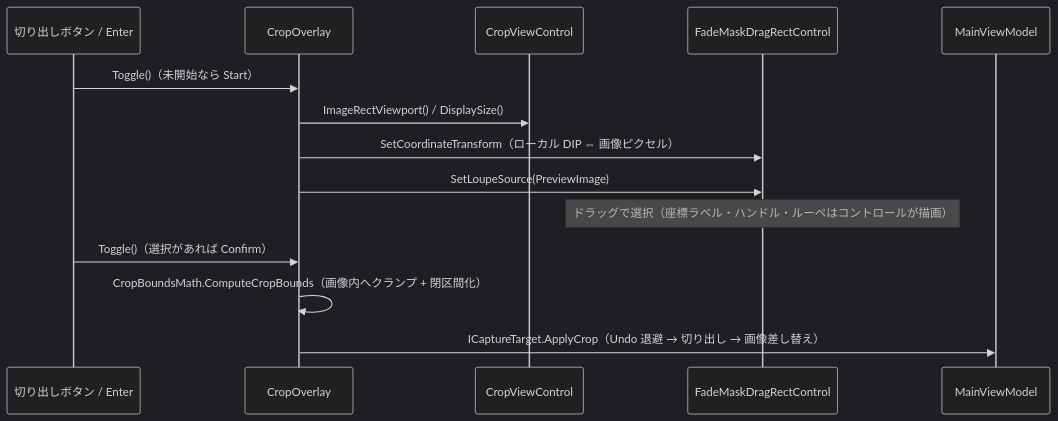
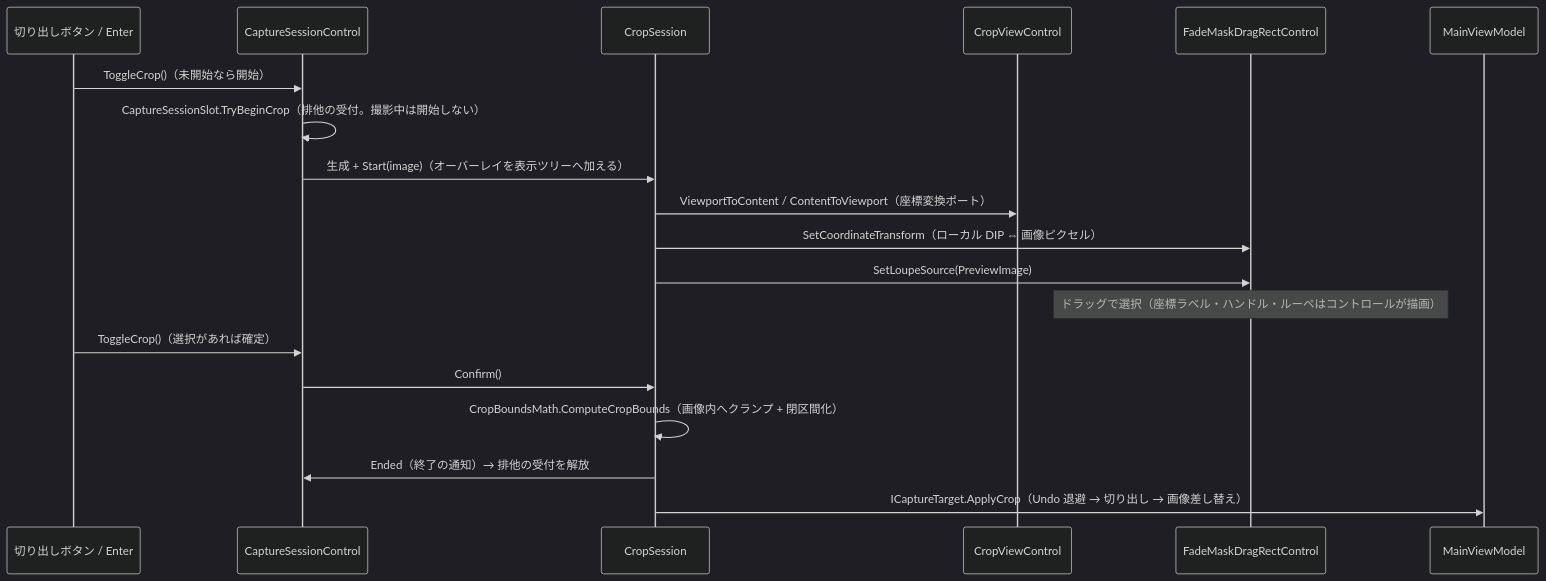
The fourth of 12 diagrams in src/app.MewUI/SPEC_System.md (tomokuni/SaveEvidence), drawn with Mermaid (dark theme) before and after one commit. The commit also changed other lines of this file and 226 other files, not shown here.

````diff
--- a/src/app.MewUI/SPEC_System.md
+++ b/src/app.MewUI/SPEC_System.md
@@ -381,17 +387,22 @@
 ```mermaid
 sequenceDiagram
     participant BTN as 切り出しボタン / Enter
-    participant PS as CropOverlay
+    participant PS as CaptureSessionControl
+    participant CS as CropSession
     participant CV as CropViewControl
     participant FM as FadeMaskDragRectControl
     participant VM as MainViewModel
 
-    BTN->>PS: Toggle()（未開始なら Start）
-    PS->>CV: ImageRectViewport() / DisplaySize()
-    PS->>FM: SetCoordinateTransform（ローカル DIP ⇔ 画像ピクセル）
-    PS->>FM: SetLoupeSource(PreviewImage)
+    BTN->>PS: ToggleCrop()（未開始なら開始）
+    PS->>PS: CaptureSessionSlot.TryBeginCrop（排他の受付。撮影中は開始しない）
+    PS->>CS: 生成 + Start(image)（オーバーレイを表示ツリーへ加える）
+    CS->>CV: ViewportToContent / ContentToViewport（座標変換ポート）
+    CS->>FM: SetCoordinateTransform（ローカル DIP ⇔ 画像ピクセル）
+    CS->>FM: SetLoupeSource(PreviewImage)
     Note over FM: ドラッグで選択（座標ラベル・ハンドル・ルーペはコントロールが描画）
-    BTN->>PS: Toggle()（選択があれば Confirm）
-    PS->>PS: CropBoundsMath.ComputeCropBounds（画像内へクランプ + 閉区間化）
-    PS->>VM: ICaptureTarget.ApplyCrop（Undo 退避 → 切り出し → 画像差し替え）
+    BTN->>PS: ToggleCrop()（選択があれば確定）
+    PS->>CS: Confirm()
+    CS->>CS: CropBoundsMath.ComputeCropBounds（画像内へクランプ + 閉区間化）
+    CS->>PS: Ended（終了の通知）→ 排他の受付を解放
+    CS->>VM: ICaptureTarget.ApplyCrop（Undo 退避 → 切り出し → 画像差し替え）
 ```
````
